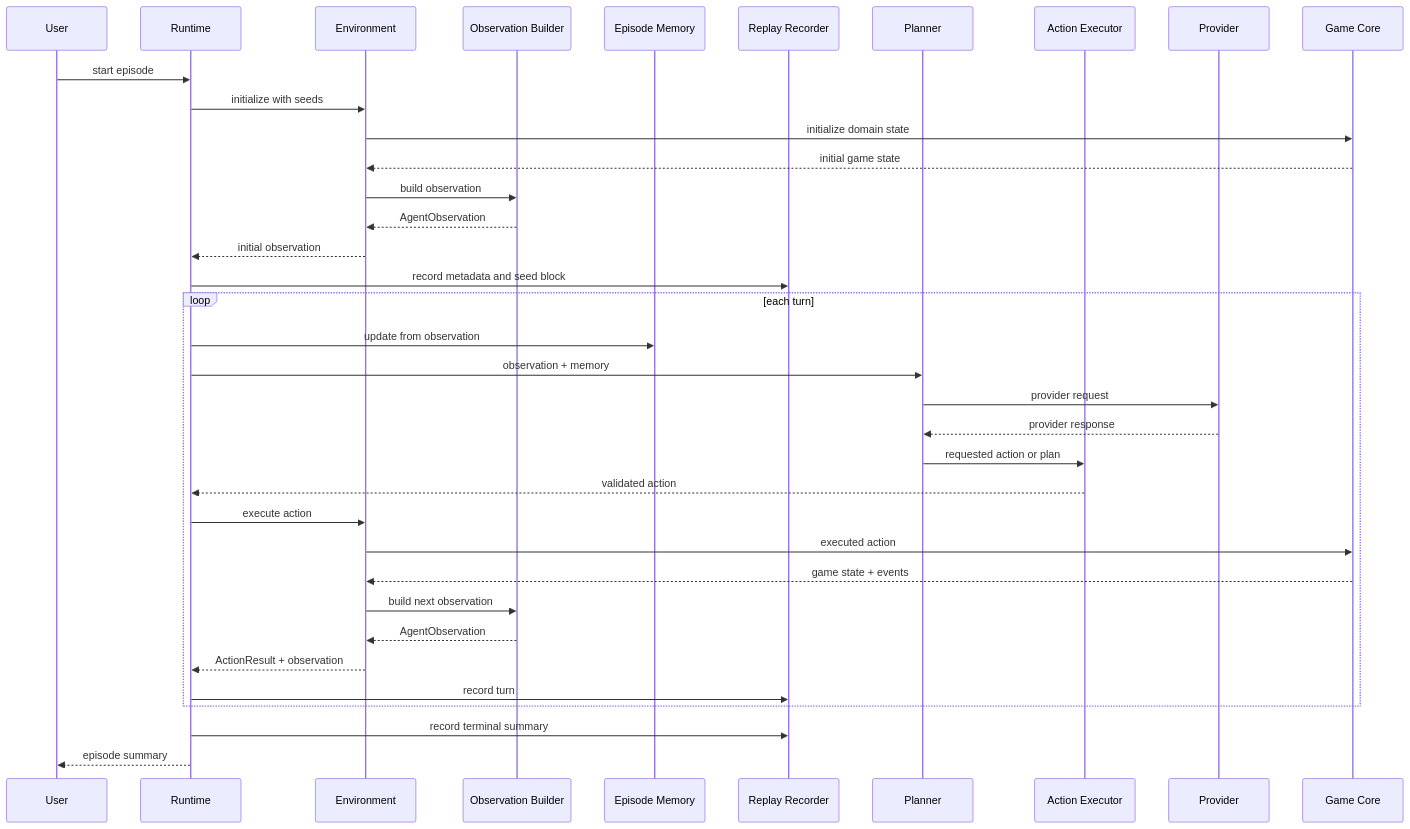
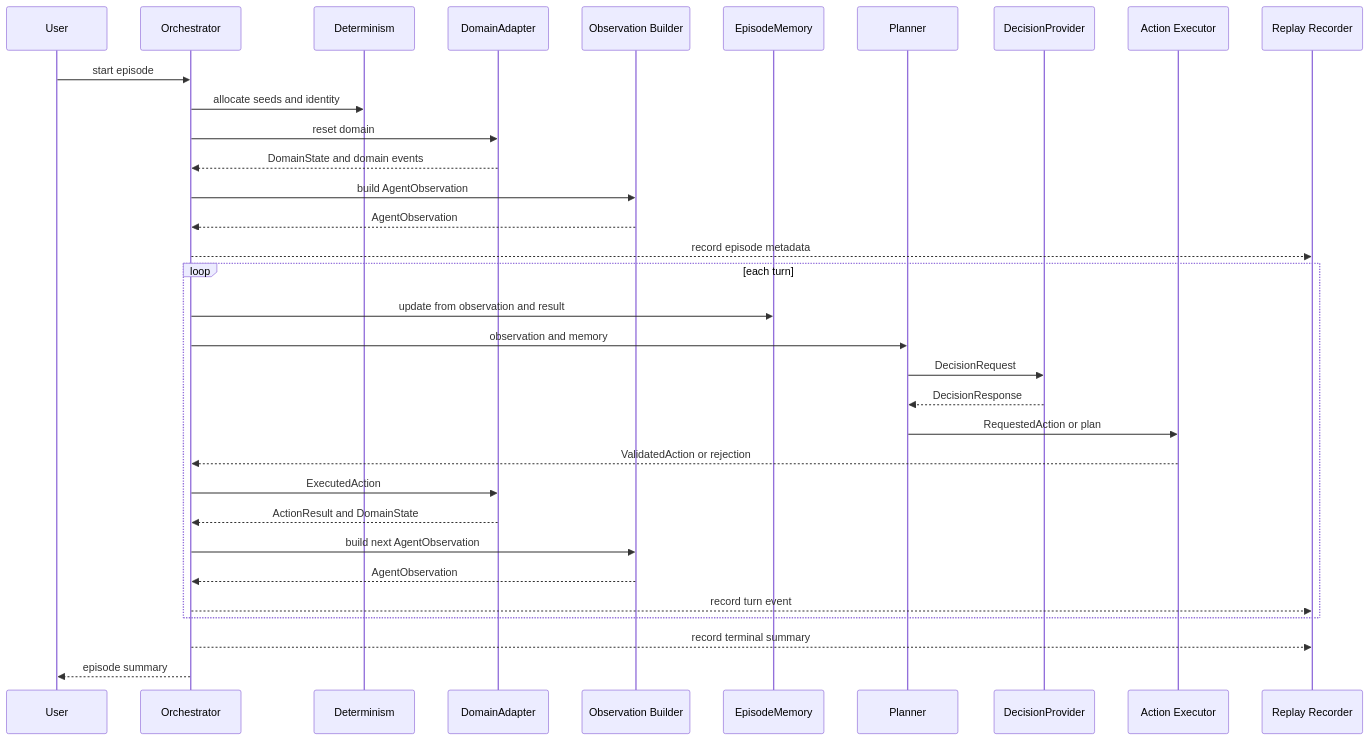
Before and after one commit to Vectology-cloud-team/namma-rogue-agent: the first of 2 diagrams in docs/runtime-sequence.md, drawn with Mermaid. The commit also changed other lines of this file and 11 other files, not shown here.

Commit message:
Refine runtime boundaries and initial implementation profile

````diff
--- a/docs/runtime-sequence.md
+++ b/docs/runtime-sequence.md
@@ -8,41 +9,38 @@
 ```mermaid
 sequenceDiagram
     participant User
-    participant Runtime
-    participant Env as Environment
+    participant Orchestrator
+    participant Determinism
+    participant Adapter as DomainAdapter
     participant Obs as Observation Builder
-    participant Mem as Episode Memory
-    participant Rep as Replay Recorder
-    participant Plan as Planner
-    participant Exec as Action Executor
-    participant Prov as Provider
-    participant Core as Game Core
+    participant Memory as EpisodeMemory
+    participant Planner
+    participant Provider as DecisionProvider
+    participant Executor as Action Executor
+    participant Replay as Replay Recorder
 
-    User->>Runtime: start episode
-    Runtime->>Env: initialize with seeds
-    Env->>Core: initialize domain state
-    Core-->>Env: initial game state
-    Env->>Obs: build observation
-    Obs-->>Env: AgentObservation
-    Env-->>Runtime: initial observation
-    Runtime->>Rep: record metadata and seed block
+    User->>Orchestrator: start episode
+    Orchestrator->>Determinism: allocate seeds and identity
+    Orchestrator->>Adapter: reset domain
+    Adapter-->>Orchestrator: DomainState and domain events
+    Orchestrator->>Obs: build AgentObservation
+    Obs-->>Orchestrator: AgentObservation
+    Orchestrator-->>Replay: record episode metadata
 
     loop each turn
-        Runtime->>Mem: update from observation
-        Runtime->>Plan: observation + memory
-        Plan->>Prov: provider request
-        Prov-->>Plan: provider response
-        Plan->>Exec: requested action or plan
-        Exec-->>Runtime: validated action
-        Runtime->>Env: execute action
-        Env->>Core: executed action
-        Core-->>Env: game state + events
-        Env->>Obs: build next observation
-        Obs-->>Env: AgentObservation
-        Env-->>Runtime: ActionResult + observation
-        Runtime->>Rep: record turn
+        Orchestrator->>Memory: update from observation and result
+        Orchestrator->>Planner: observation and memory
+        Planner->>Provider: DecisionRequest
+        Provider-->>Planner: DecisionResponse
+        Planner->>Executor: RequestedAction or plan
+        Executor-->>Orchestrator: ValidatedAction or rejection
+        Orchestrator->>Adapter: ExecutedAction
+        Adapter-->>Orchestrator: ActionResult and DomainState
+        Orchestrator->>Obs: build next AgentObservation
+        Obs-->>Orchestrator: AgentObservation
+        Orchestrator-->>Replay: record turn event
     end
 
-    Runtime->>Rep: record terminal summary
-    Runtime-->>User: episode summary
+    Orchestrator-->>Replay: record terminal summary
+    Orchestrator-->>User: episode summary
 ```
````
